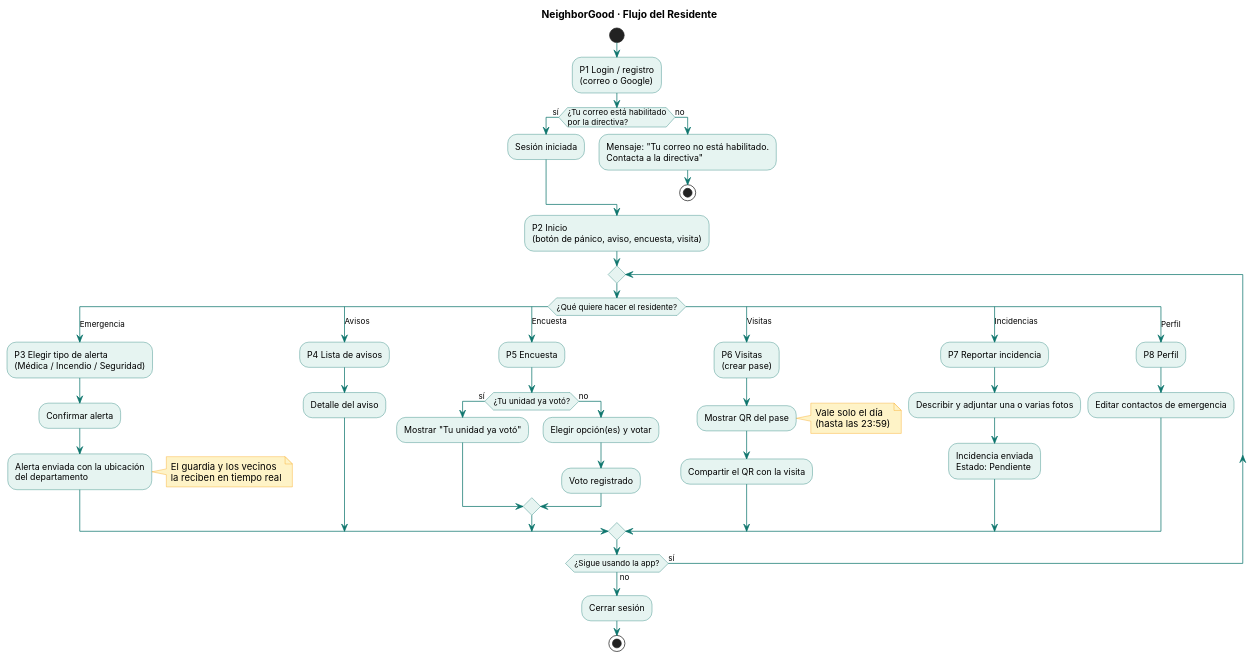
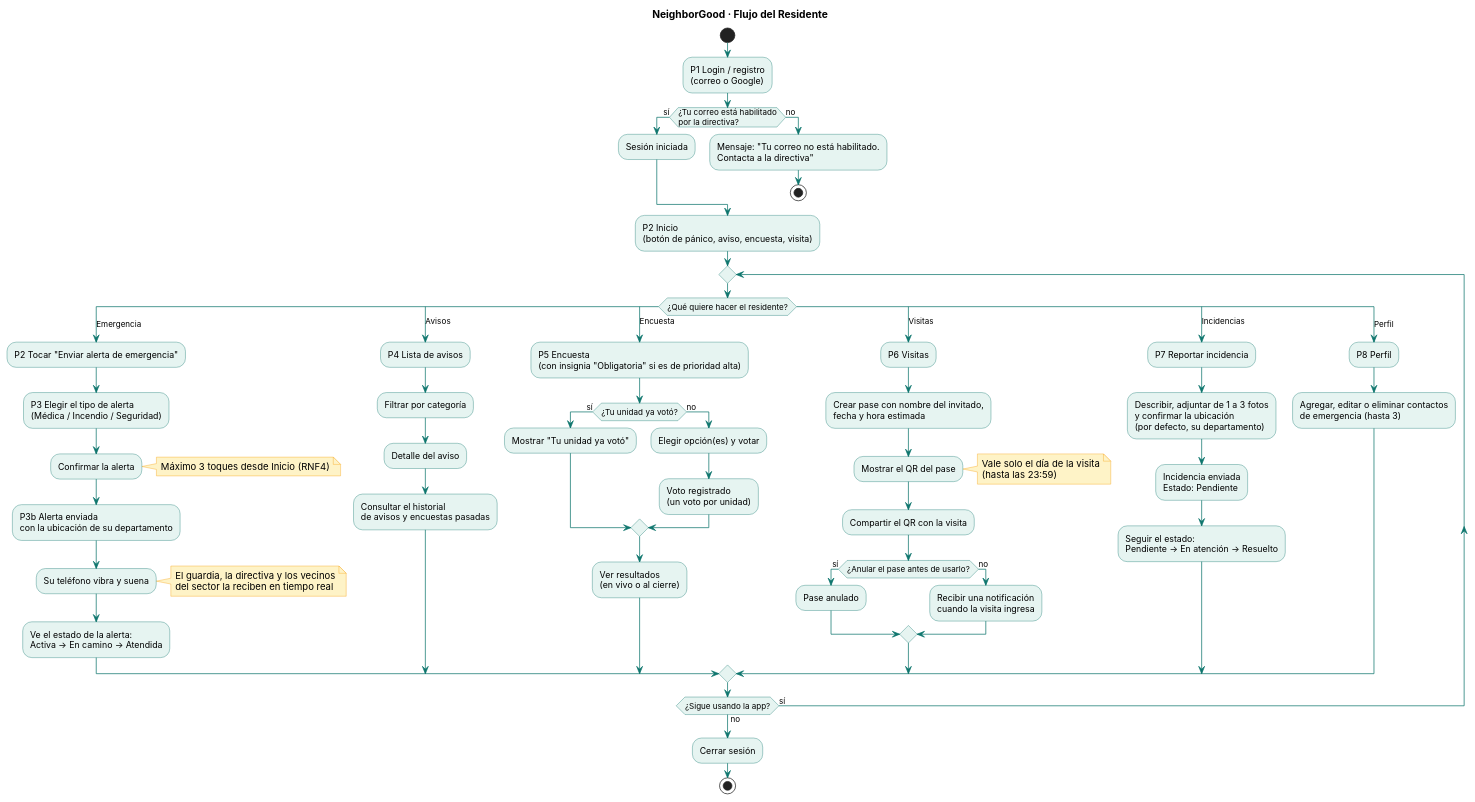
Before and after one commit to liusamfung/neighborgood-project: the diagram in docs/Flujos/flujo-del-residente.puml, drawn with PlantUML. The commit also changed 2 other files, not shown here.

Commit message:
Corrige los flujos TO-BE de los tres roles según el modelo y los requisitos
- Guardia: estados en camino y atendida, y registro de salida.
- Residente: alerta en 3 toques, 1 a 3 fotos, anulación de pase y límite de 3 contactos.
- Directiva: vigencia e imagen del aviso, resultados en vivo, alta y baja de residentes, historial y gráfica mensual.

```diff
--- a/docs/Flujos/flujo-del-residente.puml
+++ b/docs/Flujos/flujo-del-residente.puml
@@ -1,57 +1,71 @@
 @startuml
 title NeighborGood · Flujo del Residente
 skinparam shadowing false
 skinparam defaultFontName Inter
 skinparam ActivityBackgroundColor #E6F4F1
 skinparam ActivityBorderColor #0F766E
 skinparam ArrowColor #0F766E
 skinparam NoteBackgroundColor #FEF3C7
 skinparam NoteBorderColor #F59E0B
 
 start
 :P1 Login / registro\n(correo o Google);
 if (¿Tu correo está habilitado\npor la directiva?) then (sí)
   :Sesión iniciada;
 else (no)
   :Mensaje: "Tu correo no está habilitado.\nContacta a la directiva";
   stop
 endif
 
 :P2 Inicio\n(botón de pánico, aviso, encuesta, visita);
 
 repeat
   switch (¿Qué quiere hacer el residente?)
   case (Emergencia)
-    :P3 Elegir tipo de alerta\n(Médica / Incendio / Seguridad);
-    :Confirmar alerta;
-    :Alerta enviada con la ubicación\ndel departamento;
-    note right: El guardia y los vecinos\nla reciben en tiempo real
+    :P2 Tocar "Enviar alerta de emergencia";
+    :P3 Elegir el tipo de alerta\n(Médica / Incendio / Seguridad);
+    :Confirmar la alerta;
+    note right: Máximo 3 toques desde Inicio (RNF4)
+    :P3b Alerta enviada\ncon la ubicación de su departamento;
+    :Su teléfono vibra y suena;
+    note right: El guardia, la directiva y los vecinos\ndel sector la reciben en tiempo real
+    :Ve el estado de la alerta:\nActiva → En camino → Atendida;
   case (Avisos)
     :P4 Lista de avisos;
+    :Filtrar por categoría;
     :Detalle del aviso;
+    :Consultar el historial\nde avisos y encuestas pasadas;
   case (Encuesta)
-    :P5 Encuesta;
+    :P5 Encuesta\n(con insignia "Obligatoria" si es de prioridad alta);
     if (¿Tu unidad ya votó?) then (sí)
       :Mostrar "Tu unidad ya votó";
     else (no)
       :Elegir opción(es) y votar;
-      :Voto registrado;
+      :Voto registrado\n(un voto por unidad);
     endif
+    :Ver resultados\n(en vivo o al cierre);
   case (Visitas)
-    :P6 Visitas\n(crear pase);
-    :Mostrar QR del pase;
-    note right: Vale solo el día\n(hasta las 23:59)
+    :P6 Visitas;
+    :Crear pase con nombre del invitado,\nfecha y hora estimada;
+    :Mostrar el QR del pase;
+    note right: Vale solo el día de la visita\n(hasta las 23:59)
     :Compartir el QR con la visita;
+    if (¿Anular el pase antes de usarlo?) then (sí)
+      :Pase anulado;
+    else (no)
+      :Recibir una notificación\ncuando la visita ingresa;
+    endif
   case (Incidencias)
     :P7 Reportar incidencia;
-    :Describir y adjuntar una o varias fotos;
+    :Describir, adjuntar de 1 a 3 fotos\ny confirmar la ubicación\n(por defecto, su departamento);
     :Incidencia enviada\nEstado: Pendiente;
+    :Seguir el estado:\nPendiente → En atención → Resuelto;
   case (Perfil)
     :P8 Perfil;
-    :Editar contactos de emergencia;
+    :Agregar, editar o eliminar contactos\nde emergencia (hasta 3);
   endswitch
 repeat while (¿Sigue usando la app?) is (sí) not (no)
 
 :Cerrar sesión;
 stop
 @enduml
```
